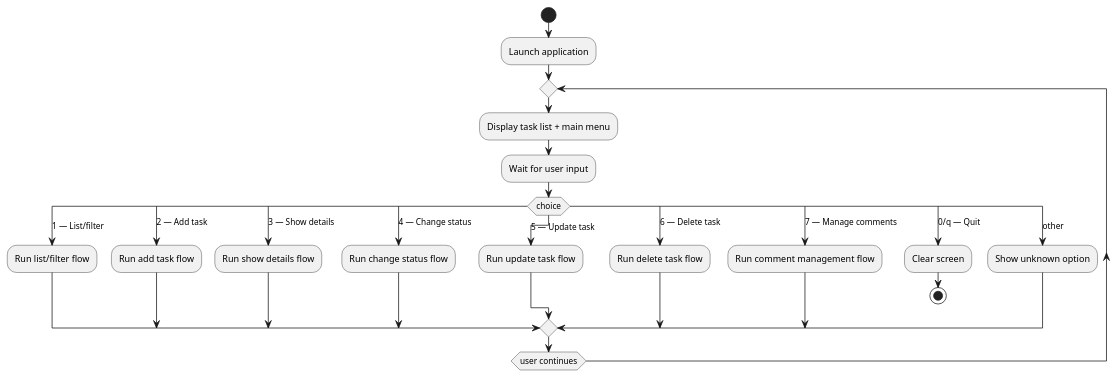
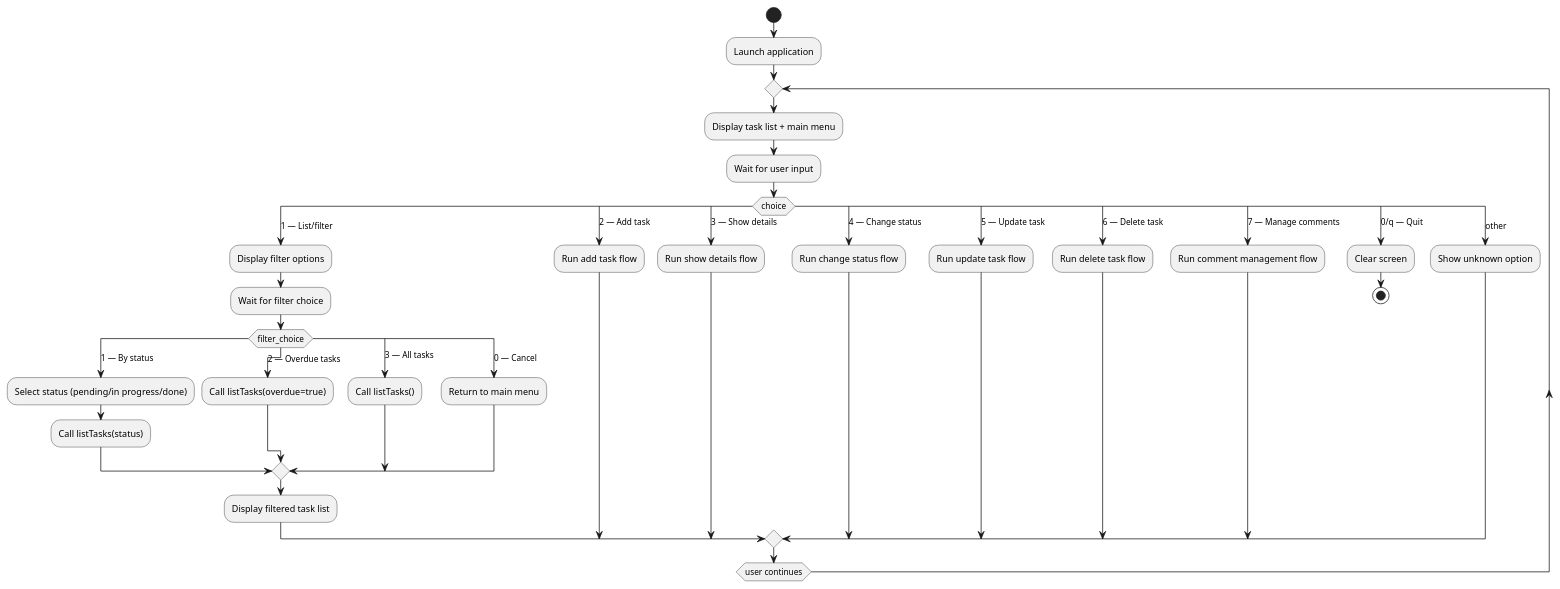
The diagram in experiments/broadcast/structured_text/TODO/artifacts/activity_diagram.puml (DanielRiha8906/Software_autoevolution_using_agents), drawn with PlantUML before and after one commit. The commit also changed 6 other files, not shown here.

First line of the commit message:
task 05 | Add due date and overdue filtering to task queries

```diff
--- a/experiments/broadcast/structured_text/TODO/artifacts/activity_diagram.puml
+++ b/experiments/broadcast/structured_text/TODO/artifacts/activity_diagram.puml
@@ -1,34 +1,47 @@
 @startuml
 
 start
 :Launch application;
 
 repeat
   :Display task list + main menu;
   :Wait for user input;
 
   switch (choice)
     case (1 — List/filter)
-      :Run list/filter flow;
+      :Display filter options;
+      :Wait for filter choice;
+      switch (filter_choice)
+        case (1 — By status)
+          :Select status (pending/in progress/done);
+          :Call listTasks(status);
+        case (2 — Overdue tasks)
+          :Call listTasks(overdue=true);
+        case (3 — All tasks)
+          :Call listTasks();
+        case (0 — Cancel)
+          :Return to main menu;
+      endswitch
+      :Display filtered task list;
     case (2 — Add task)
       :Run add task flow;
     case (3 — Show details)
       :Run show details flow;
     case (4 — Change status)
       :Run change status flow;
     case (5 — Update task)
       :Run update task flow;
     case (6 — Delete task)
       :Run delete task flow;
     case (7 — Manage comments)
       :Run comment management flow;
     case (0/q — Quit)
       :Clear screen;
       stop
     case (other)
       :Show unknown option;
   endswitch
 
 repeat while (user continues)
 
 @enduml
```
